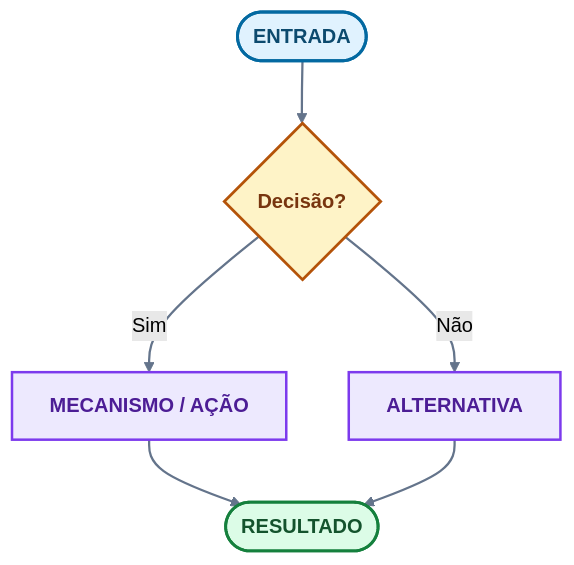
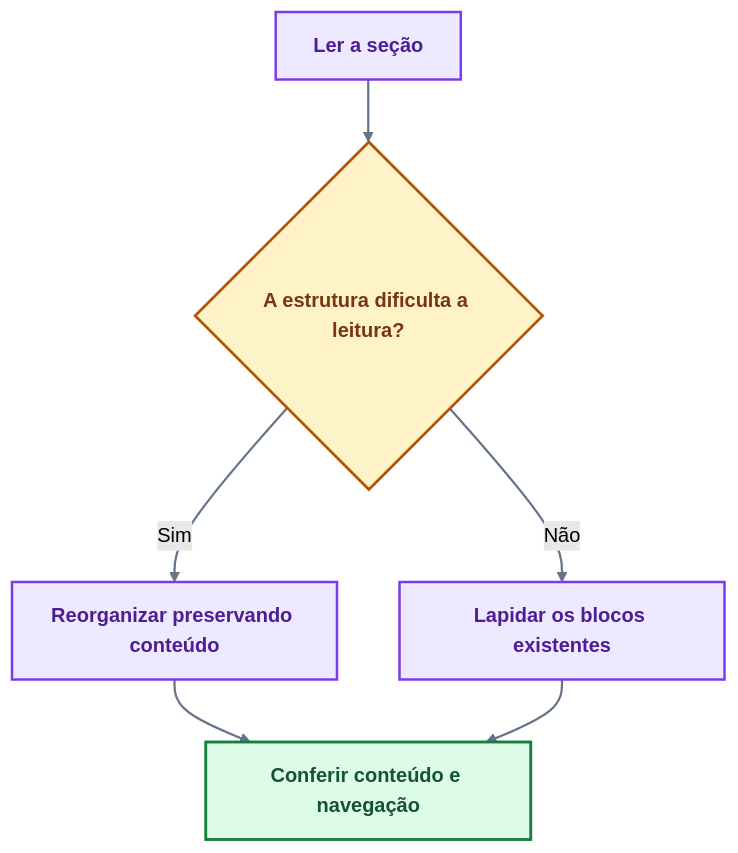
One commit to jairobfs/JBFS changed the first of 3 diagrams in docs/manual-preferencias-craft.md. Above: the diagram before and after it, drawn with Mermaid (forest theme). The commit also changed other lines of this file, not shown here.

````diff
--- a/docs/manual-preferencias-craft.md
+++ b/docs/manual-preferencias-craft.md
@@ -135,17 +462,15 @@
 ```mermaid
-flowchart TB
-    A(["ENTRADA"]) --> B{"Decisão?"}
-    B -->|Sim| C["MECANISMO / AÇÃO"]
-    B -->|Não| D["ALTERNATIVA"]
-    C --> E(["RESULTADO"])
-    D --> E
-    classDef anchor fill:#E0F2FE,stroke:#0369A1,color:#0C4A6E,stroke-width:2.4px,font-weight:bold
+flowchart TD
+    leitura["Ler a seção"] --> problema{"A estrutura dificulta a leitura?"}
+    problema -->|Sim| organizar["Reorganizar preservando conteúdo"]
+    problema -->|Não| lapidar["Lapidar os blocos existentes"]
+    organizar --> conferir["Conferir conteúdo e navegação"]
+    lapidar --> conferir
     classDef decision fill:#FEF3C7,stroke:#B45309,color:#78350F,stroke-width:2.2px,font-weight:bold
     classDef process fill:#EDE9FE,stroke:#7C3AED,color:#4C1D95,stroke-width:2px,font-weight:bold
     classDef success fill:#DCFCE7,stroke:#15803D,color:#14532D,stroke-width:2.3px,font-weight:bold
-    class A anchor
-    class B decision
-    class C,D process
-    class E success
+    class problema decision
+    class leitura,organizar,lapidar process
+    class conferir success
     linkStyle default stroke:#64748B,stroke-width:1.8px
 ```
````
